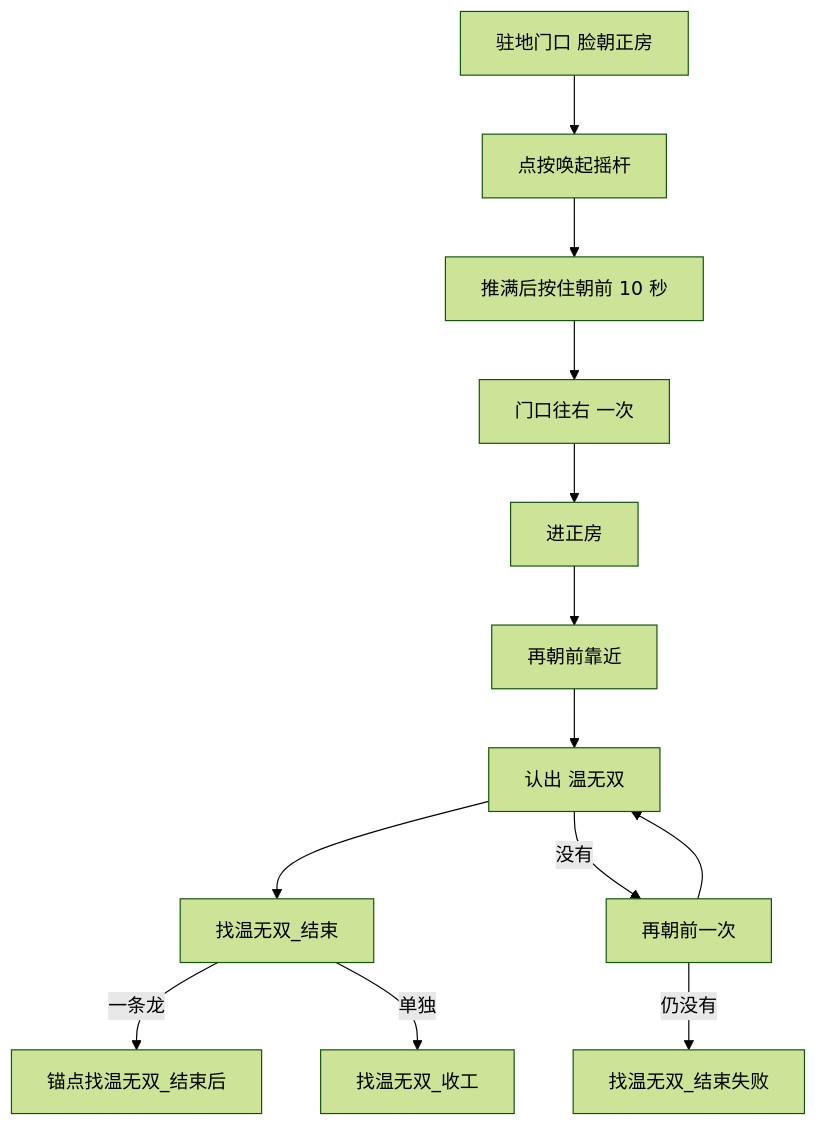
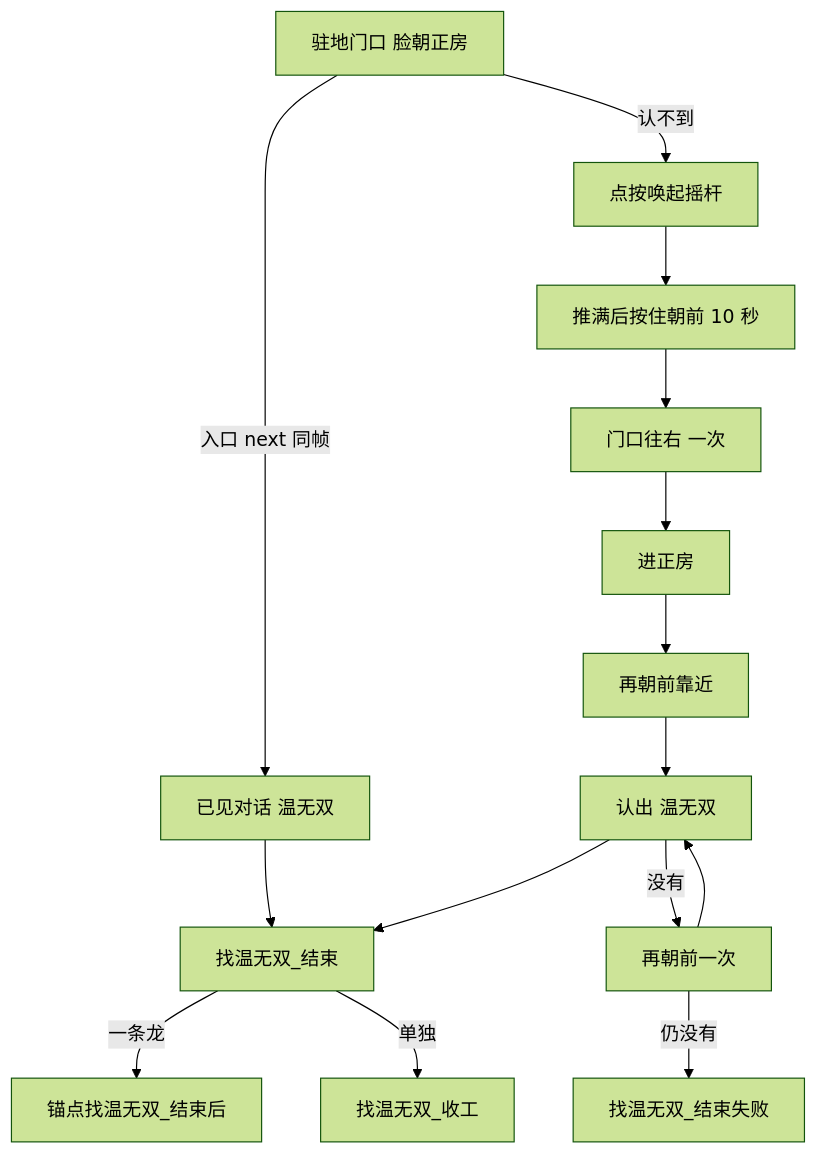
Before and after one commit to 82488059/MAAJN: the diagram in docs/zh_cn/找温无双.md, drawn with Mermaid (forest theme). The commit also changed other lines of this file and 27 other files, not shown here.

````diff
--- a/docs/zh_cn/找温无双.md
+++ b/docs/zh_cn/找温无双.md
@@ -22,20 +23,23 @@
 ```mermaid
 flowchart TD
   gate["驻地门口 脸朝正房"]
+  already["已见对话 温无双"]
   stick["点按唤起摇杆"]
   fwd["推满后按住朝前 10 秒"]
   right["门口往右 一次"]
   inn["进正房"]
   near["再朝前靠近"]
   see["认出 温无双"]
   retry["再朝前一次"]
   endNode["找温无双_结束"]
   stop["找温无双_收工"]
   exitGame["锚点找温无双_结束后"]
   fail["找温无双_结束失败"]
-  gate --> stick --> fwd --> right --> inn --> near --> see --> endNode
+  gate -->|"入口 next 同帧"| already
+  gate -->|"认不到"| stick --> fwd --> right --> inn --> near --> see --> endNode
+  already --> endNode
   see -->|没有| retry --> see
   retry -->|仍没有| fail
   endNode -->|一条龙| exitGame
   endNode -->|单独| stop
 ```
````
